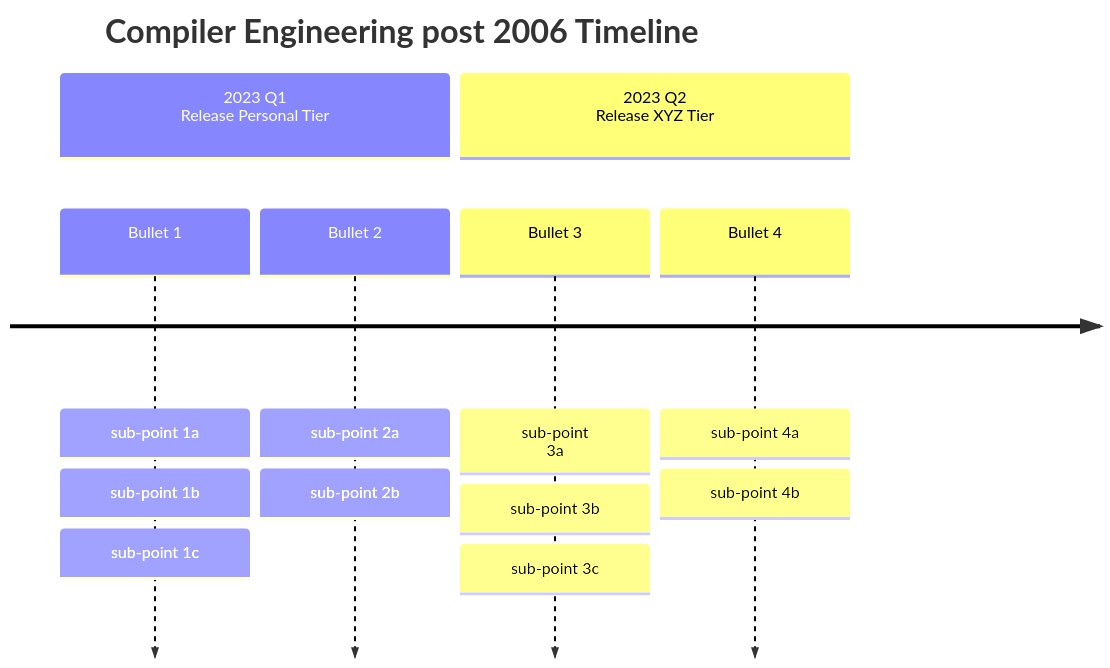
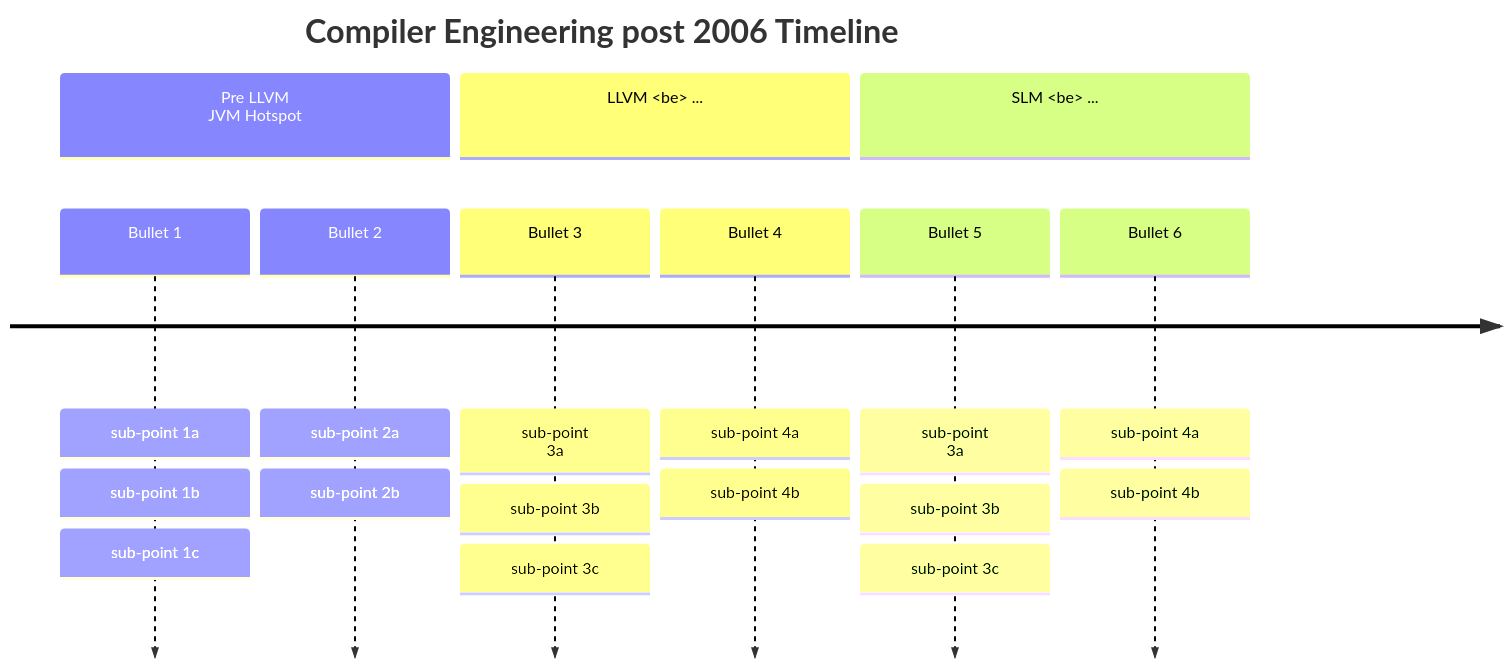
The diagram in compilers/compiler-book.md (sohale/cs-glossaries), drawn with Mermaid before and after one commit.

````diff
--- a/compilers/compiler-book.md
+++ b/compilers/compiler-book.md
@@ -44,13 +44,17 @@
 ```mermaid
 timeline
         title Compiler Engineering post 2006 Timeline
-        section 2023 Q1 <br> Release Personal Tier
+        section Pre LLVM <br> JVM Hotspot
           Bullet 1 : sub-point 1a : sub-point 1b
                : sub-point 1c
           Bullet 2 : sub-point 2a : sub-point 2b
-        section 2023 Q2 <br> Release XYZ Tier
+        section LLVM <be> ...
           Bullet 3 : sub-point <br> 3a : sub-point 3b
                : sub-point 3c
           Bullet 4 : sub-point 4a : sub-point 4b
+        section SLM <be> ...
+          Bullet 5 : sub-point <br> 3a : sub-point 3b
+               : sub-point 3c
+          Bullet 6 : sub-point 4a : sub-point 4b
 
 ```
````
